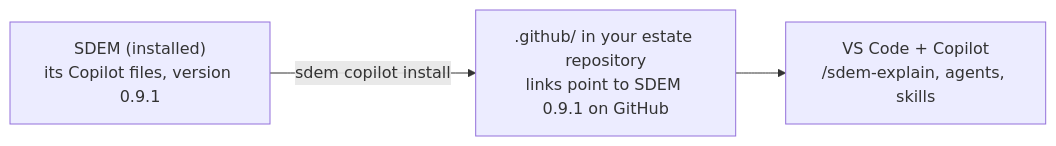
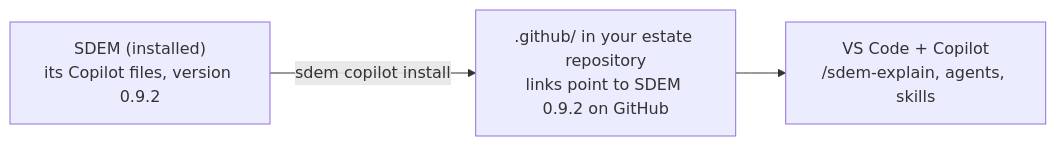
Before and after one commit to taumoeps/bian-sdem-framework: the diagram in docs/design/sdem-copilot-install-design.md, drawn with Mermaid. The commit also changed 35 other files, not shown here.

````diff
--- a/docs/design/sdem-copilot-install-design.md
+++ b/docs/design/sdem-copilot-install-design.md
@@ -18,5 +18,5 @@
 ```mermaid
 flowchart LR
-    S["SDEM (installed)<br/>its Copilot files, version 0.9.1"] -- "sdem copilot install" --> E[".github/ in your estate repository<br/>links point to SDEM 0.9.1 on GitHub"]
+    S["SDEM (installed)<br/>its Copilot files, version 0.9.2"] -- "sdem copilot install" --> E[".github/ in your estate repository<br/>links point to SDEM 0.9.2 on GitHub"]
     E --> V["VS Code + Copilot<br/>/sdem-explain, agents, skills"]
 ```
````
